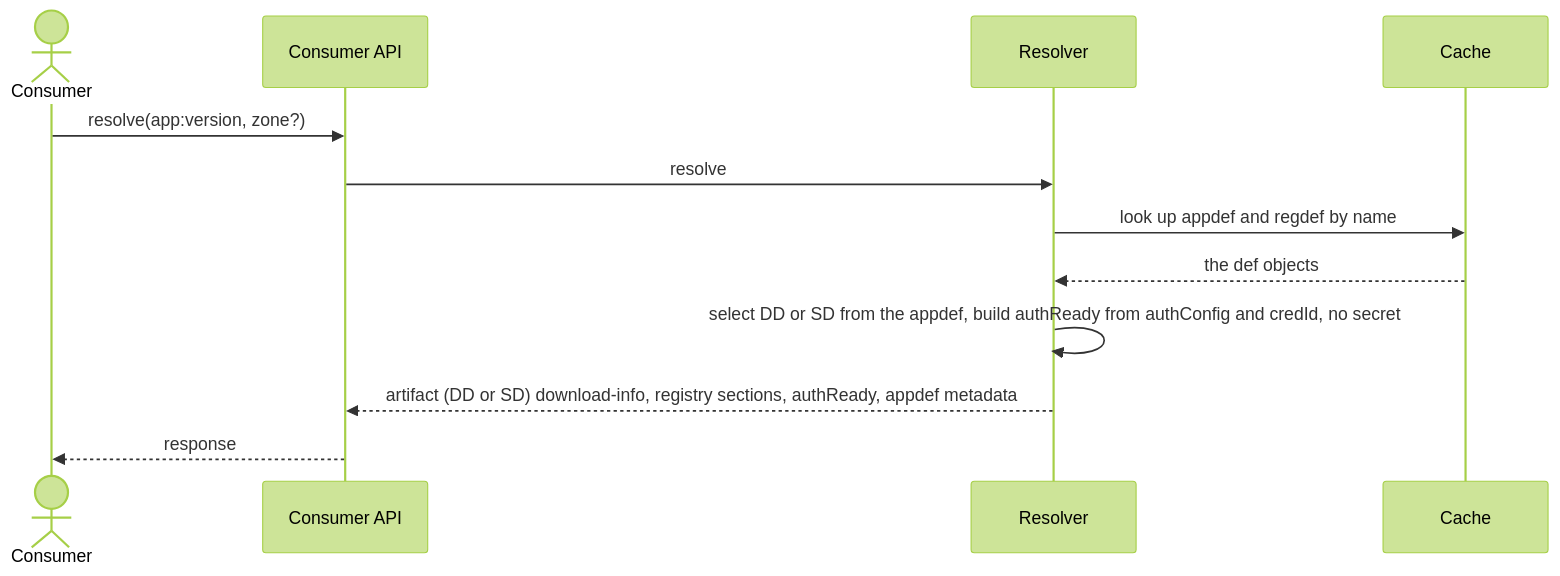
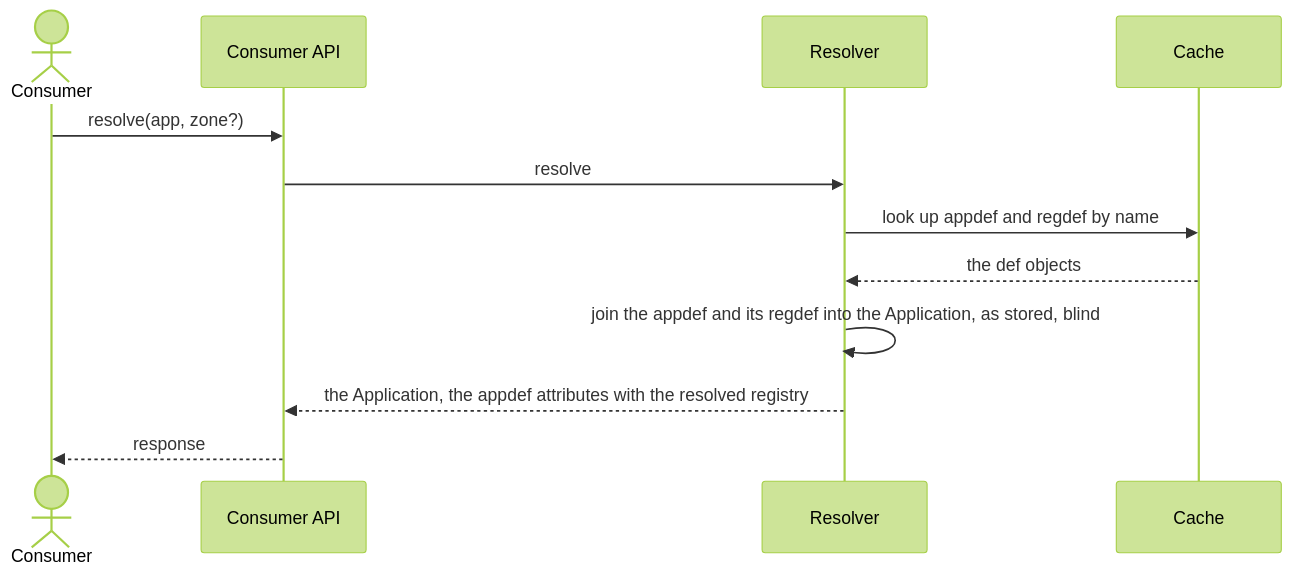
One commit to Netcracker/qubership-envgene changed the third of 5 diagrams in docs/analysis/app-reg-def/service/architecture.md. Above: the diagram before and after it, drawn with Mermaid (forest theme). The commit also changed other lines of this file, not shown here.

First line of the commit message:
docs: align the service architecture with resolve to Application

````diff
--- a/docs/analysis/app-reg-def/service/architecture.md
+++ b/docs/analysis/app-reg-def/service/architecture.md
@@ -72,14 +73,14 @@
 ```mermaid
 sequenceDiagram
   actor C as Consumer
   participant API as Consumer API
   participant R as Resolver
   participant Cache
-  C->>API: resolve(app:version, zone?)
+  C->>API: resolve(app, zone?)
   API->>R: resolve
   R->>Cache: look up appdef and regdef by name
   Cache-->>R: the def objects
-  R->>R: select DD or SD from the appdef, build authReady from authConfig and credId, no secret
-  R-->>API: artifact (DD or SD) download-info, registry sections, authReady, appdef metadata
+  R->>R: join the appdef and its regdef into the Application, as stored, blind
+  R-->>API: the Application, the appdef attributes with the resolved registry
   API-->>C: response
 ```
````
